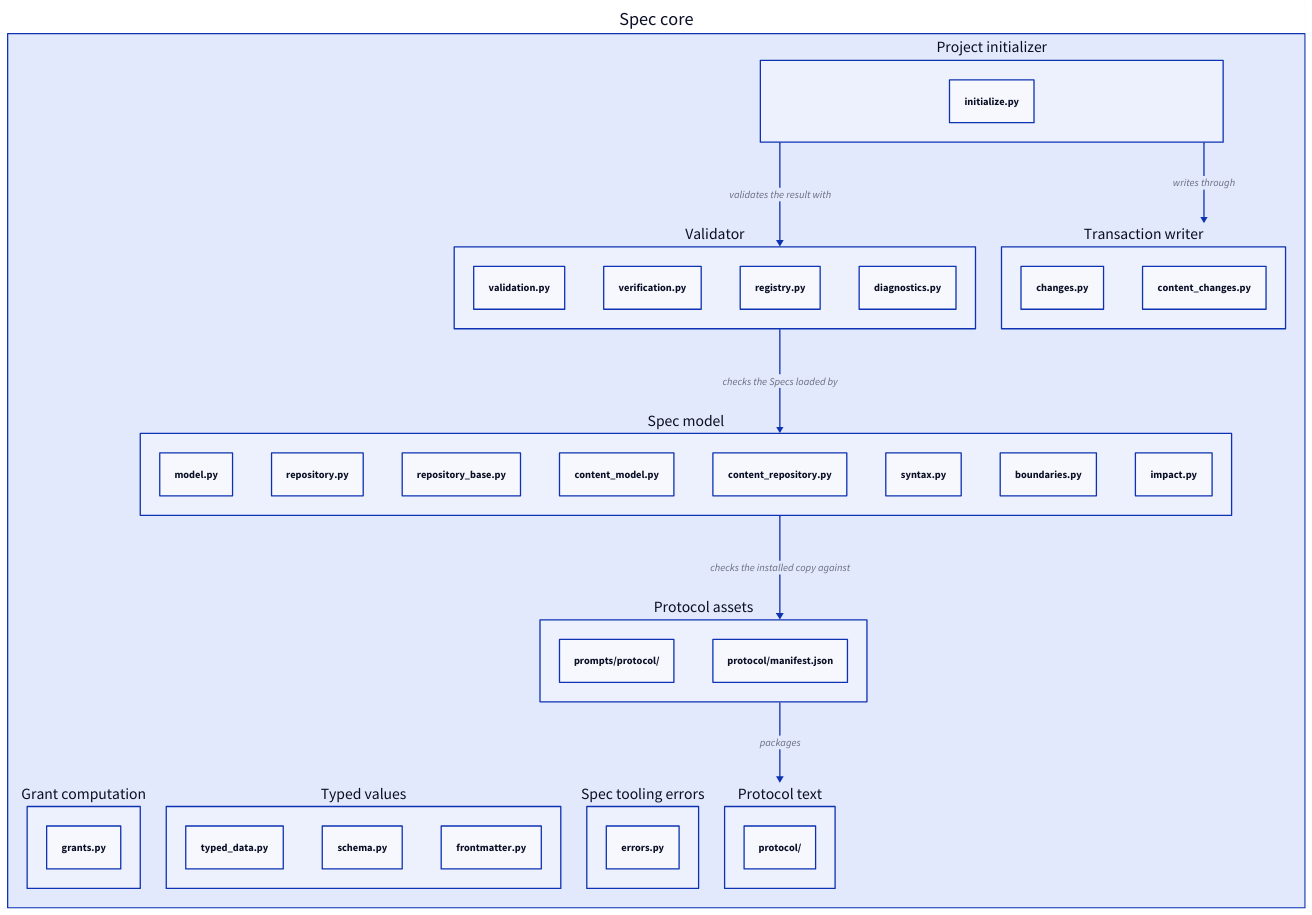
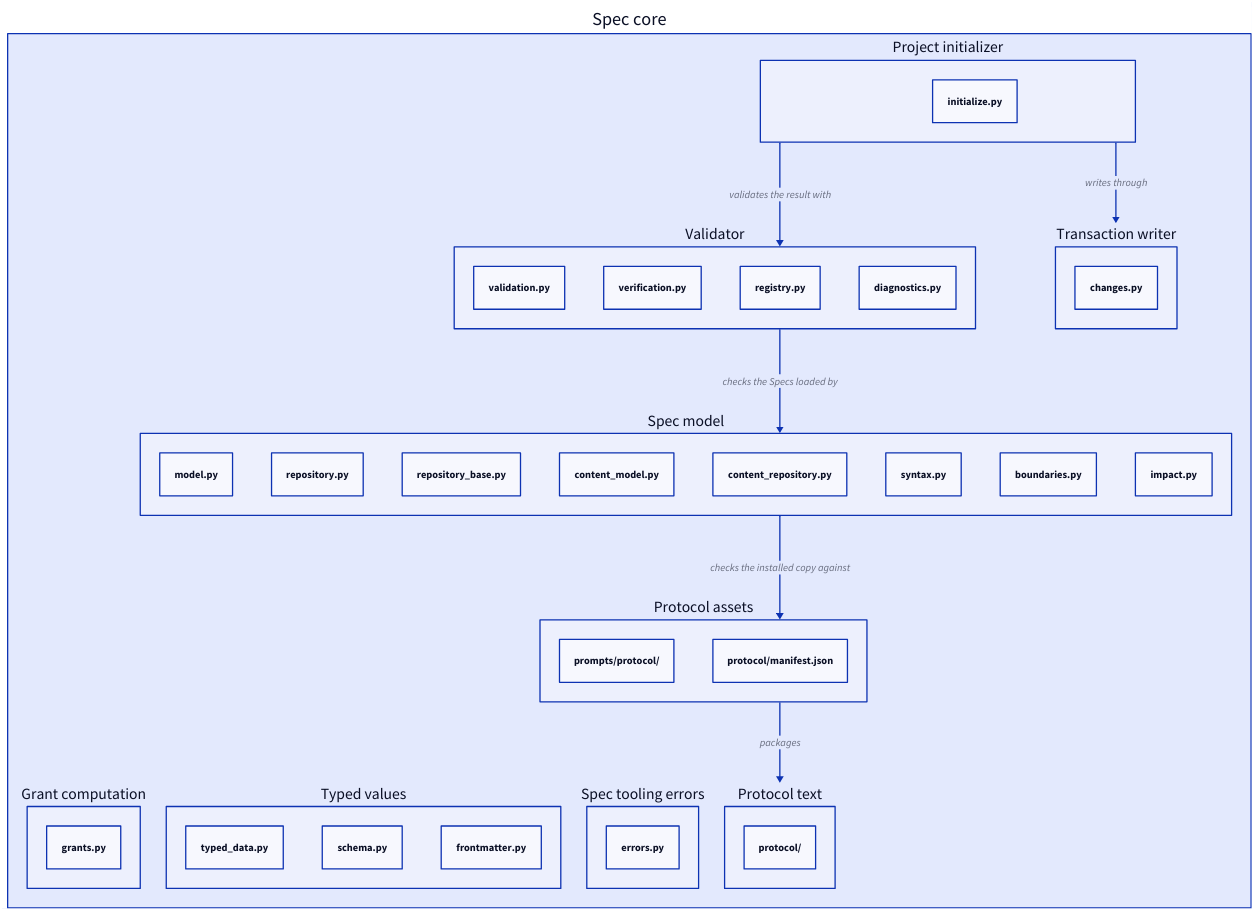
Before and after one commit to FTOD/concorde: the third of 5 diagrams in specs/concorde/spec-tooling/spec/module.md, drawn with D2. The commit also changed other lines of this file and 128 other files, not shown here.

````diff
--- a/specs/concorde/spec-tooling/spec/module.md
+++ b/specs/concorde/spec-tooling/spec/module.md
@@ -253,50 +253,49 @@
 ```d2
 core: Spec core {
   model: Spec model {
     "model.py"
     "repository.py"
     "repository_base.py"
     "content_model.py"
     "content_repository.py"
     "syntax.py"
     "boundaries.py"
     "impact.py"
   }
   validator: Validator {
     "validation.py"
     "verification.py"
     "registry.py"
     "diagnostics.py"
   }
   grants: Grant computation {
     "grants.py"
   }
   init: Project initializer {
     "initialize.py"
   }
   writer: Transaction writer {
     "changes.py"
-    "content_changes.py"
   }
   types: Typed values {
     "typed_data.py"
     "schema.py"
     "frontmatter.py"
   }
   errors: Spec tooling errors {
     "errors.py"
   }
   assets: Protocol assets {
     "prompts/protocol/"
     "protocol/manifest.json"
   }
   text: Protocol text {
     "protocol/"
   }
   validator -> model: checks the Specs loaded by
   model -> assets: checks the installed copy against
   init -> writer: writes through
   init -> validator: validates the result with
   assets -> text: packages
 }
 ```
````
